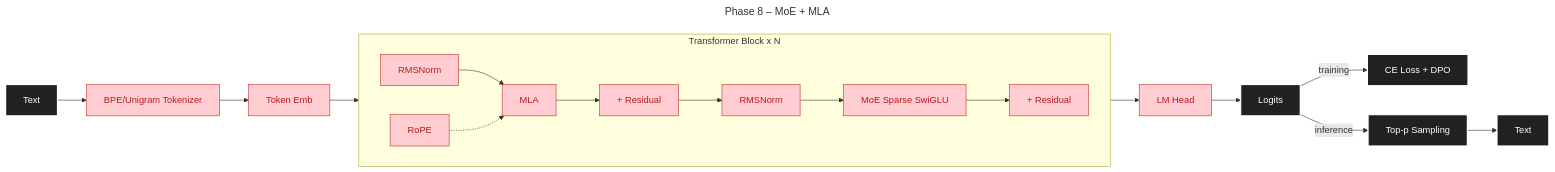
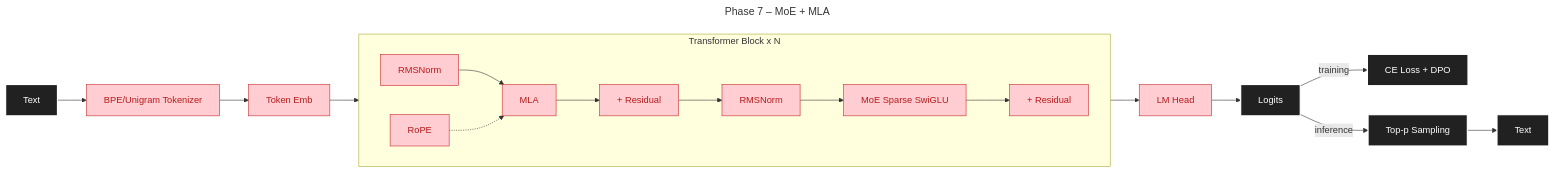
The fifth of 7 diagrams in docs/DESIGN.md (maxjbarfuss/max_llm), drawn with Mermaid before and after one commit. The commit also changed other lines of this file and 2 other files, not shown here.

First line of the commit message:
Consolidate phases 3+4 into single Phase 3, renumber 5-9 to 4-8

````diff
--- a/docs/DESIGN.md
+++ b/docs/DESIGN.md
@@ -108,17 +89,17 @@
 ```mermaid
 ---
-title: Phase 8 – MoE + MLA
+title: Phase 7 – MoE + MLA
 ---
 graph LR
-    A[Text]:::io --> B[BPE/Unigram Tokenizer]:::p8 --> C[Token Emb]:::p8 --> Block
+    A[Text]:::io --> B[BPE/Unigram Tokenizer]:::p7 --> C[Token Emb]:::p7 --> Block
     subgraph Block[Transformer Block x N]
         direction LR
-        D[RMSNorm]:::p8 --> E[MLA]:::p8 --> F[+ Residual]:::p8 --> G[RMSNorm]:::p8 --> H[MoE Sparse SwiGLU]:::p8 --> I[+ Residual]:::p8
-        RoPE:::p8 -.-> E
+        D[RMSNorm]:::p7 --> E[MLA]:::p7 --> F[+ Residual]:::p7 --> G[RMSNorm]:::p7 --> H[MoE Sparse SwiGLU]:::p7 --> I[+ Residual]:::p7
+        RoPE:::p7 -.-> E
     end
-    Block --> J[LM Head]:::p8 --> K[Logits]:::io
+    Block --> J[LM Head]:::p7 --> K[Logits]:::io
     K -->|training| L[CE Loss + DPO]:::io
     K -->|inference| M[Top-p Sampling]:::io --> N[Text]:::io
     classDef io fill:#212121,stroke:#FFFFFF,color:#FFFFFF,stroke-width:2px
-    classDef p8 fill:#FFCDD2,stroke:#C62828,color:#B71C1C
+    classDef p7 fill:#FFCDD2,stroke:#C62828,color:#B71C1C
 ```
````
